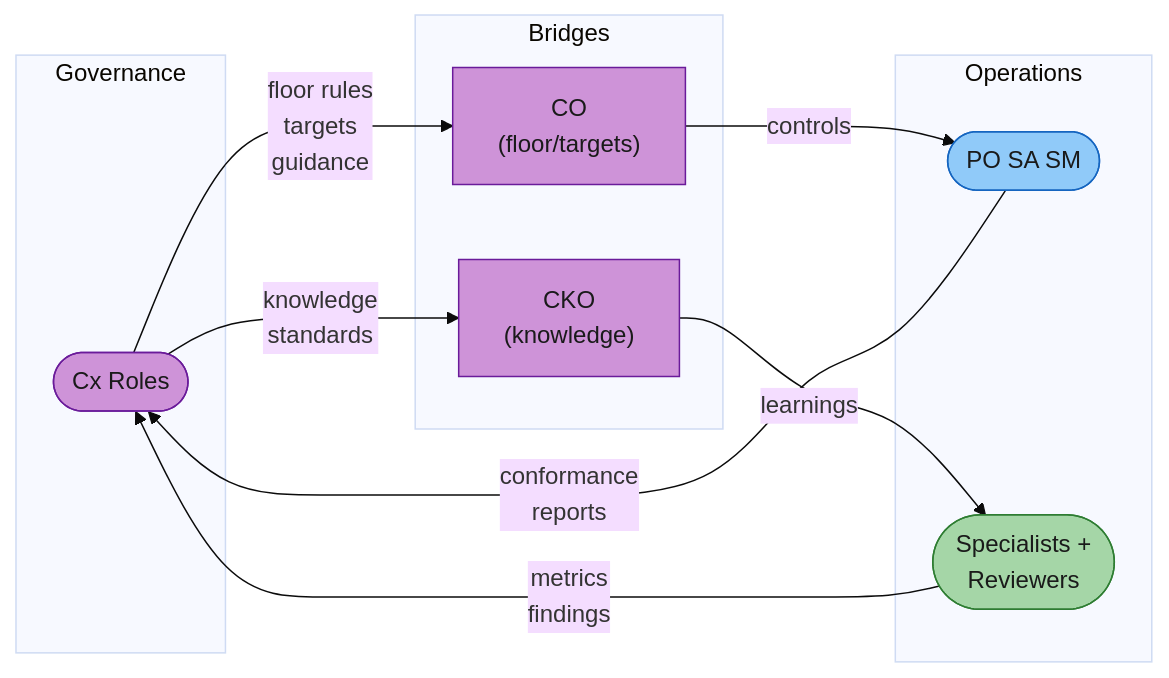
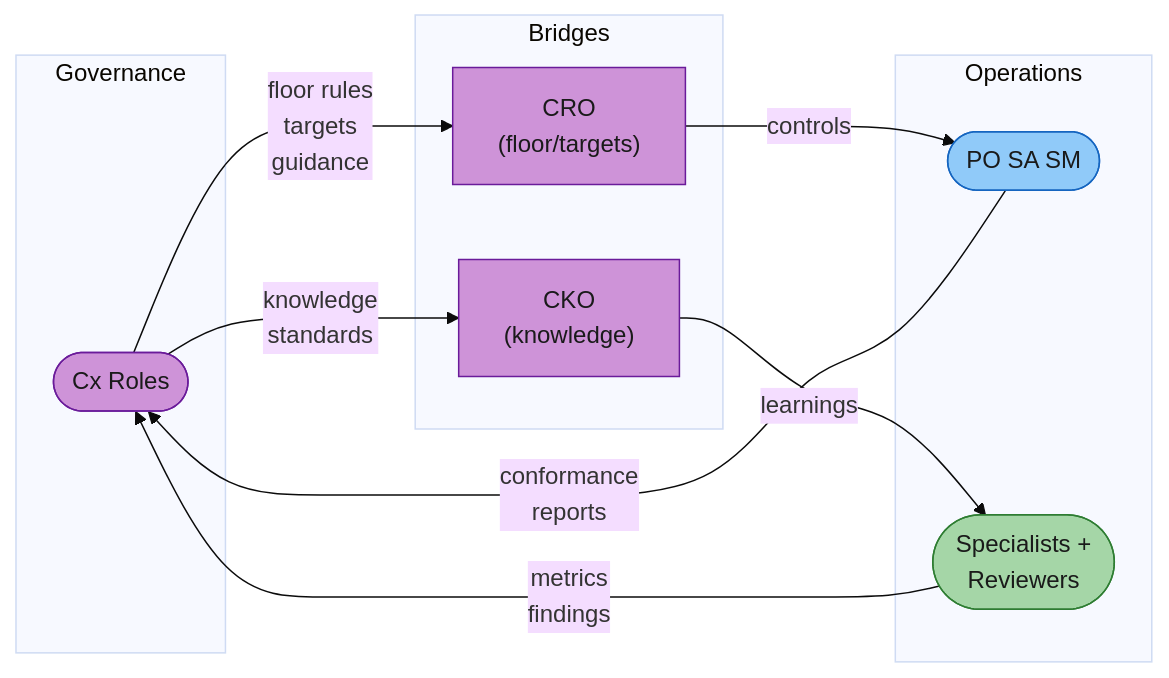
One commit to rdunie/venutian-antfarm changed the fourth of 23 diagrams in docs/COLLABORATION-MODEL.md. Above: the diagram before and after it, drawn with Mermaid (base theme). The commit also changed other lines of this file, not shown here.

First line of the commit message:
docs: update COLLABORATION-MODEL.md for CRO rename and multi-floor

````diff
--- a/docs/COLLABORATION-MODEL.md
+++ b/docs/COLLABORATION-MODEL.md
@@ -148,29 +148,29 @@
 ```mermaid
 flowchart LR
     subgraph Gov ["Governance"]
         CX(["Cx Roles"])
     end
 
     subgraph Bridge ["Bridges"]
-        CO_B["CO\n(floor/targets)"]
+        CRO_B["CRO\n(floor/targets)"]
         CKO_B["CKO\n(knowledge)"]
     end
 
     subgraph Ops ["Operations"]
         TRIAD(["PO  SA  SM"])
         AGENTS(["Specialists +\nReviewers"])
     end
 
-    CX -->|"floor rules\ntargets\nguidance"| CO_B
+    CX -->|"floor rules\ntargets\nguidance"| CRO_B
     CX -->|"knowledge\nstandards"| CKO_B
-    CO_B -->|"controls"| TRIAD
+    CRO_B -->|"controls"| TRIAD
     CKO_B -->|"learnings"| AGENTS
     AGENTS -->|"metrics\nfindings"| CX
     TRIAD -->|"conformance\nreports"| CX
 
     style CX fill:#ce93d8,stroke:#6a1b9a,color:#1a1a1a
-    style CO_B fill:#ce93d8,stroke:#6a1b9a,color:#1a1a1a
+    style CRO_B fill:#ce93d8,stroke:#6a1b9a,color:#1a1a1a
     style CKO_B fill:#ce93d8,stroke:#6a1b9a,color:#1a1a1a
     style TRIAD fill:#90caf9,stroke:#1565c0,color:#1a1a1a
     style AGENTS fill:#a5d6a7,stroke:#2e7d32,color:#1a1a1a
 ```
````
